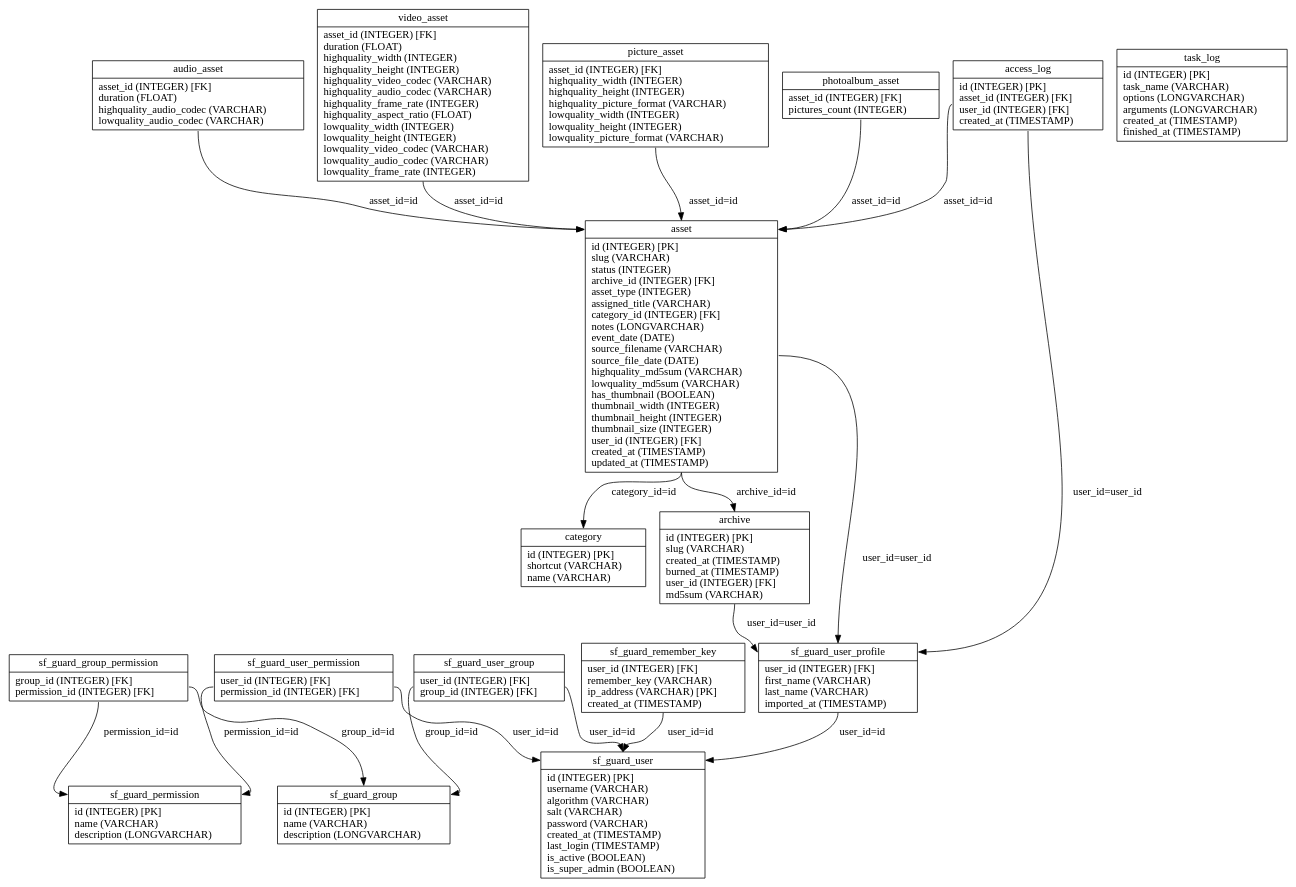
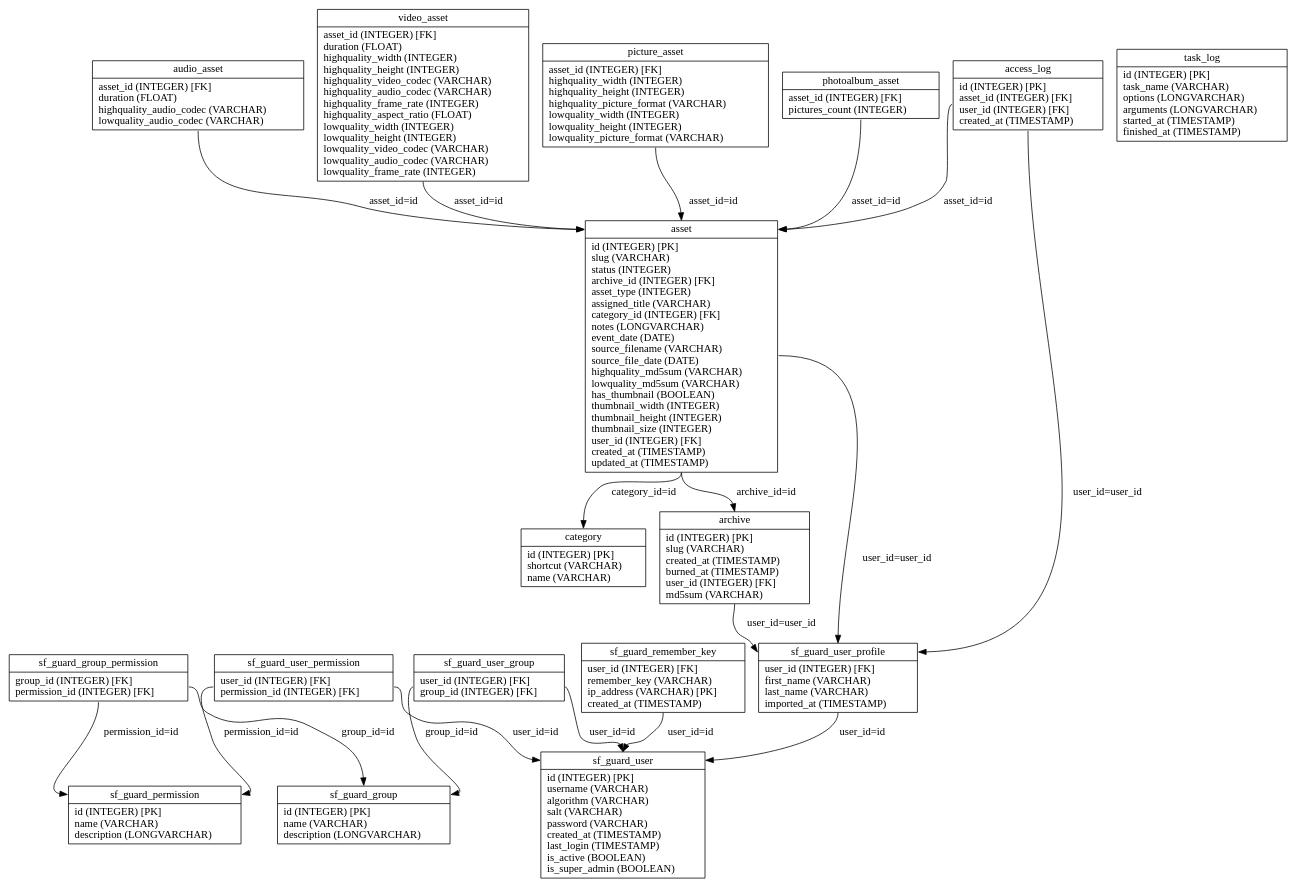
Before and after one commit to loristissino/wviola: the diagram in graph/propel.schema.dot, drawn with Graphviz. The commit also changed 72 other files, not shown here.

```diff
--- a/graph/propel.schema.dot
+++ b/graph/propel.schema.dot
@@ -1,38 +1,38 @@
 digraph G {
 nodesf_guard_group [label="{<table>sf_guard_group|<cols>id (INTEGER) [PK]\lname (VARCHAR)\ldescription (LONGVARCHAR)\l}", shape=record];
 nodesf_guard_permission [label="{<table>sf_guard_permission|<cols>id (INTEGER) [PK]\lname (VARCHAR)\ldescription (LONGVARCHAR)\l}", shape=record];
 nodesf_guard_group_permission [label="{<table>sf_guard_group_permission|<cols>group_id (INTEGER) [FK]\lpermission_id (INTEGER) [FK]\l}", shape=record];
 nodesf_guard_user [label="{<table>sf_guard_user|<cols>id (INTEGER) [PK]\lusername (VARCHAR)\lalgorithm (VARCHAR)\lsalt (VARCHAR)\lpassword (VARCHAR)\lcreated_at (TIMESTAMP)\llast_login (TIMESTAMP)\lis_active (BOOLEAN)\lis_super_admin (BOOLEAN)\l}", shape=record];
 nodesf_guard_user_permission [label="{<table>sf_guard_user_permission|<cols>user_id (INTEGER) [FK]\lpermission_id (INTEGER) [FK]\l}", shape=record];
 nodesf_guard_user_group [label="{<table>sf_guard_user_group|<cols>user_id (INTEGER) [FK]\lgroup_id (INTEGER) [FK]\l}", shape=record];
 nodesf_guard_remember_key [label="{<table>sf_guard_remember_key|<cols>user_id (INTEGER) [FK]\lremember_key (VARCHAR)\lip_address (VARCHAR) [PK]\lcreated_at (TIMESTAMP)\l}", shape=record];
 nodesf_guard_user_profile [label="{<table>sf_guard_user_profile|<cols>user_id (INTEGER) [FK]\lfirst_name (VARCHAR)\llast_name (VARCHAR)\limported_at (TIMESTAMP)\l}", shape=record];
 nodeasset [label="{<table>asset|<cols>id (INTEGER) [PK]\lslug (VARCHAR)\lstatus (INTEGER)\larchive_id (INTEGER) [FK]\lasset_type (INTEGER)\lassigned_title (VARCHAR)\lcategory_id (INTEGER) [FK]\lnotes (LONGVARCHAR)\levent_date (DATE)\lsource_filename (VARCHAR)\lsource_file_date (DATE)\lhighquality_md5sum (VARCHAR)\llowquality_md5sum (VARCHAR)\lhas_thumbnail (BOOLEAN)\lthumbnail_width (INTEGER)\lthumbnail_height (INTEGER)\lthumbnail_size (INTEGER)\luser_id (INTEGER) [FK]\lcreated_at (TIMESTAMP)\lupdated_at (TIMESTAMP)\l}", shape=record];
 nodevideo_asset [label="{<table>video_asset|<cols>asset_id (INTEGER) [FK]\lduration (FLOAT)\lhighquality_width (INTEGER)\lhighquality_height (INTEGER)\lhighquality_video_codec (VARCHAR)\lhighquality_audio_codec (VARCHAR)\lhighquality_frame_rate (INTEGER)\lhighquality_aspect_ratio (FLOAT)\llowquality_width (INTEGER)\llowquality_height (INTEGER)\llowquality_video_codec (VARCHAR)\llowquality_audio_codec (VARCHAR)\llowquality_frame_rate (INTEGER)\l}", shape=record];
 nodepicture_asset [label="{<table>picture_asset|<cols>asset_id (INTEGER) [FK]\lhighquality_width (INTEGER)\lhighquality_height (INTEGER)\lhighquality_picture_format (VARCHAR)\llowquality_width (INTEGER)\llowquality_height (INTEGER)\llowquality_picture_format (VARCHAR)\l}", shape=record];
 nodephotoalbum_asset [label="{<table>photoalbum_asset|<cols>asset_id (INTEGER) [FK]\lpictures_count (INTEGER)\l}", shape=record];
 nodeaudio_asset [label="{<table>audio_asset|<cols>asset_id (INTEGER) [FK]\lduration (FLOAT)\lhighquality_audio_codec (VARCHAR)\llowquality_audio_codec (VARCHAR)\l}", shape=record];
 nodearchive [label="{<table>archive|<cols>id (INTEGER) [PK]\lslug (VARCHAR)\lcreated_at (TIMESTAMP)\lburned_at (TIMESTAMP)\luser_id (INTEGER) [FK]\lmd5sum (VARCHAR)\l}", shape=record];
 nodecategory [label="{<table>category|<cols>id (INTEGER) [PK]\lshortcut (VARCHAR)\lname (VARCHAR)\l}", shape=record];
 nodeaccess_log [label="{<table>access_log|<cols>id (INTEGER) [PK]\lasset_id (INTEGER) [FK]\luser_id (INTEGER) [FK]\lcreated_at (TIMESTAMP)\l}", shape=record];
-nodetask_log [label="{<table>task_log|<cols>id (INTEGER) [PK]\ltask_name (VARCHAR)\loptions (LONGVARCHAR)\larguments (LONGVARCHAR)\lcreated_at (TIMESTAMP)\lfinished_at (TIMESTAMP)\l}", shape=record];
+nodetask_log [label="{<table>task_log|<cols>id (INTEGER) [PK]\ltask_name (VARCHAR)\loptions (LONGVARCHAR)\larguments (LONGVARCHAR)\lstarted_at (TIMESTAMP)\lfinished_at (TIMESTAMP)\l}", shape=record];
 
 nodesf_guard_group_permission:cols -> nodesf_guard_group:table [label="group_id=id "];
 nodesf_guard_group_permission:cols -> nodesf_guard_permission:table [label="permission_id=id "];
 nodesf_guard_user_permission:cols -> nodesf_guard_user:table [label="user_id=id "];
 nodesf_guard_user_permission:cols -> nodesf_guard_permission:table [label="permission_id=id "];
 nodesf_guard_user_group:cols -> nodesf_guard_user:table [label="user_id=id "];
 nodesf_guard_user_group:cols -> nodesf_guard_group:table [label="group_id=id "];
 nodesf_guard_remember_key:cols -> nodesf_guard_user:table [label="user_id=id "];
 nodesf_guard_user_profile:cols -> nodesf_guard_user:table [label="user_id=id "];
 nodeasset:cols -> nodearchive:table [label="archive_id=id "];
 nodeasset:cols -> nodecategory:table [label="category_id=id "];
 nodeasset:cols -> nodesf_guard_user_profile:table [label="user_id=user_id "];
 nodevideo_asset:cols -> nodeasset:table [label="asset_id=id "];
 nodepicture_asset:cols -> nodeasset:table [label="asset_id=id "];
 nodephotoalbum_asset:cols -> nodeasset:table [label="asset_id=id "];
 nodeaudio_asset:cols -> nodeasset:table [label="asset_id=id "];
 nodearchive:cols -> nodesf_guard_user_profile:table [label="user_id=user_id "];
 nodeaccess_log:cols -> nodeasset:table [label="asset_id=id "];
 nodeaccess_log:cols -> nodesf_guard_user_profile:table [label="user_id=user_id "];
 }
```
